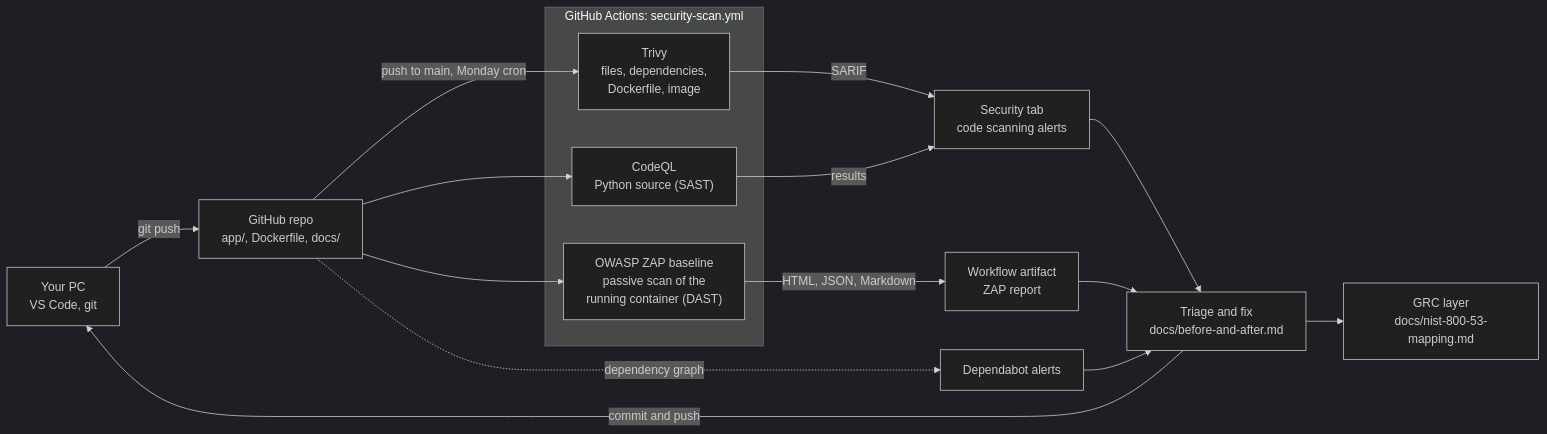
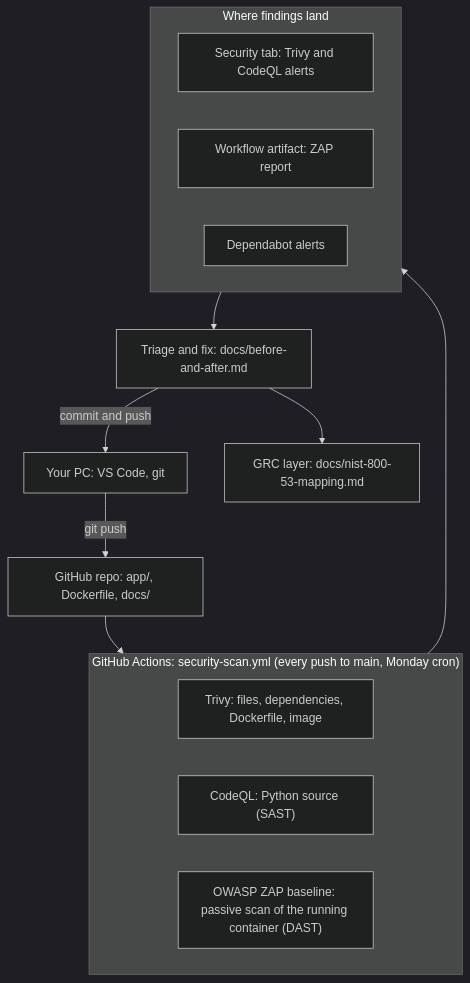
One commit to Choi19Jason/devsecops-grc-pipeline changed the diagram in README.md. Above: the diagram before and after it, drawn with Mermaid (dark theme). The commit also changed other lines of this file, not shown here.

Commit message:
Tick architecture diagram and switch it to a cleaner top-down layout

````diff
--- a/README.md
+++ b/README.md
@@ -34,24 +34,25 @@
 ```mermaid
-flowchart LR
-    dev["Your PC<br/>VS Code, git"] -->|git push| repo["GitHub repo<br/>app/, Dockerfile, docs/"]
-    repo -->|"push to main, Monday cron"| trivy
-    repo --> codeql
-    repo --> zap
+flowchart TD
+    dev["Your PC: VS Code, git"] -->|git push| repo["GitHub repo: app/, Dockerfile, docs/"]
+    repo --> actions
 
-    subgraph actions["GitHub Actions: security-scan.yml"]
-        trivy["Trivy<br/>files, dependencies,<br/>Dockerfile, image"]
-        codeql["CodeQL<br/>Python source (SAST)"]
-        zap["OWASP ZAP baseline<br/>passive scan of the<br/>running container (DAST)"]
+    subgraph actions["GitHub Actions: security-scan.yml (every push to main, Monday cron)"]
+        direction LR
+        trivy["Trivy: files, dependencies, Dockerfile, image"]
+        codeql["CodeQL: Python source (SAST)"]
+        zap["OWASP ZAP baseline: passive scan of the running container (DAST)"]
     end
 
-    trivy -->|SARIF| tab["Security tab<br/>code scanning alerts"]
-    codeql -->|results| tab
-    zap -->|HTML, JSON, Markdown| art["Workflow artifact<br/>ZAP report"]
-    repo -.->|dependency graph| dep["Dependabot alerts"]
+    actions --> results
 
-    tab --> triage["Triage and fix<br/>docs/before-and-after.md"]
-    art --> triage
-    dep --> triage
+    subgraph results["Where findings land"]
+        direction LR
+        tab["Security tab: Trivy and CodeQL alerts"]
+        art["Workflow artifact: ZAP report"]
+        dep["Dependabot alerts"]
+    end
+
+    results --> triage["Triage and fix: docs/before-and-after.md"]
     triage -->|commit and push| dev
-    triage --> grc["GRC layer<br/>docs/nist-800-53-mapping.md"]
+    triage --> grc["GRC layer: docs/nist-800-53-mapping.md"]
 ```
````
